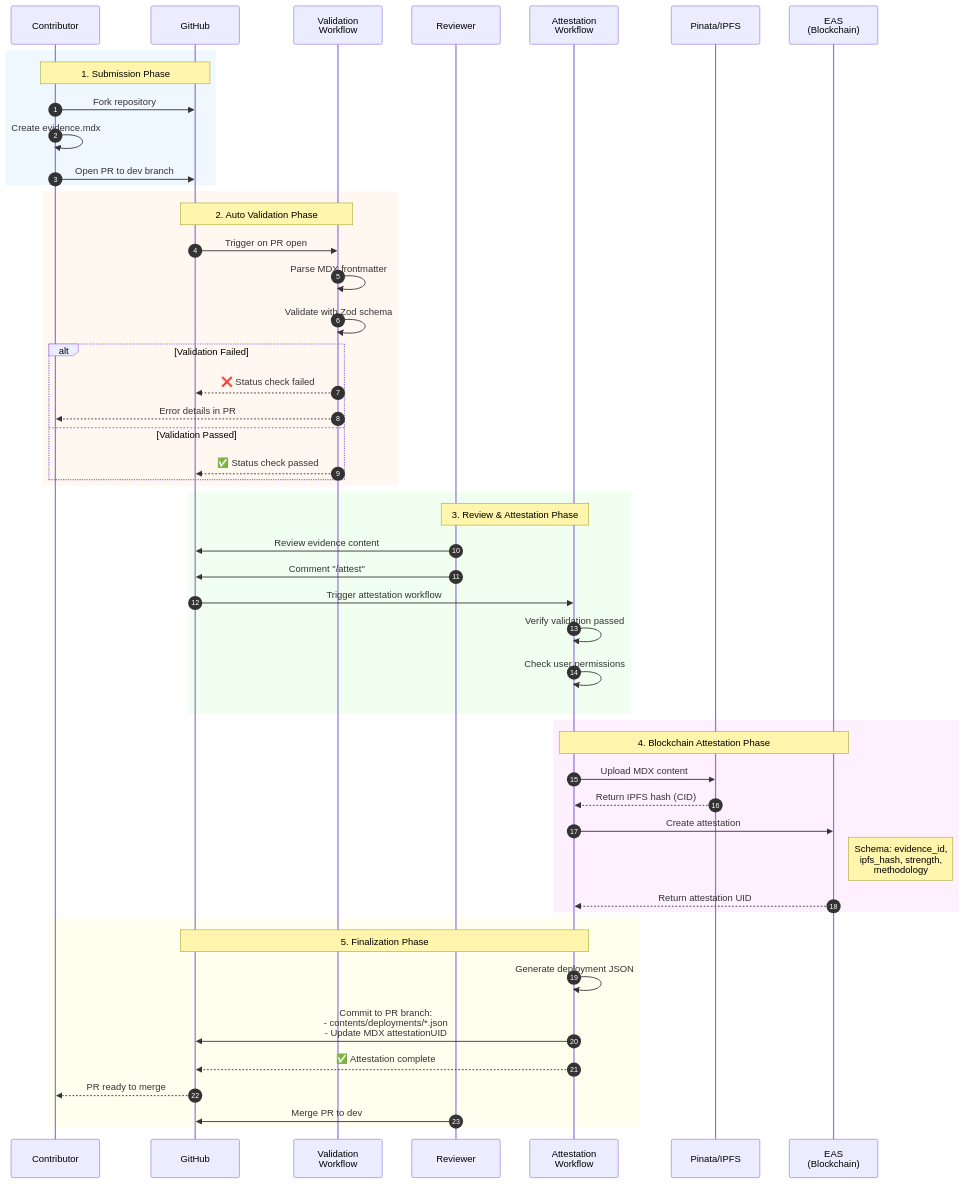
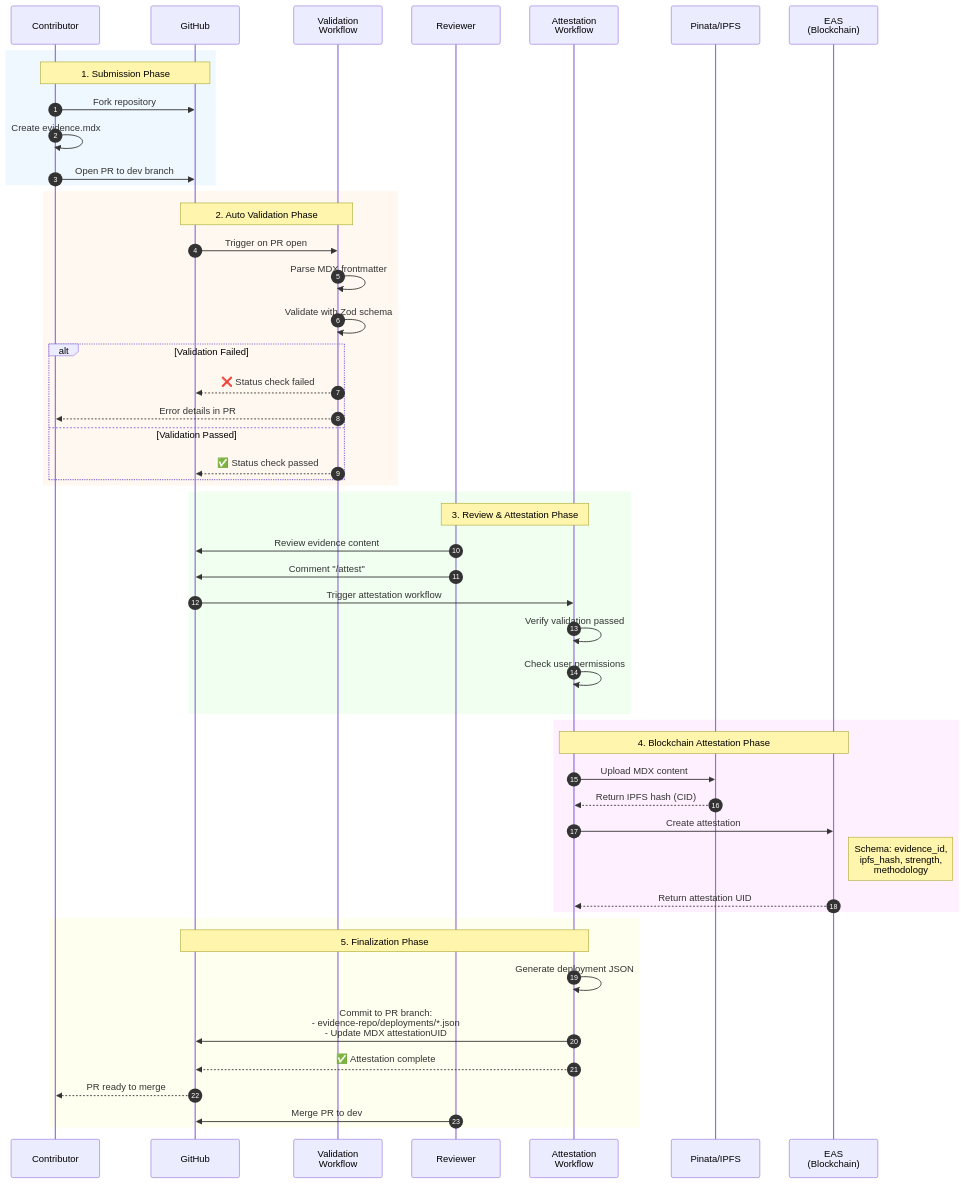
Before and after one commit to beaconlabs-io/muse: the diagram in docs/evidence-workflow.md, drawn with Mermaid. The commit also changed other lines of this file and 3 other files, not shown here.

Commit message:
chore: update documentation to reflect new evidence-repo paths for evidence files and deployment metadata

````diff
--- a/docs/evidence-workflow.md
+++ b/docs/evidence-workflow.md
@@ -62,58 +62,58 @@
 ```mermaid
 sequenceDiagram
     autonumber
     participant C as Contributor
     participant GH as GitHub
     participant VA as Validation<br/>Workflow
     participant R as Reviewer
     participant AT as Attestation<br/>Workflow
     participant IPFS as Pinata/IPFS
     participant EAS as EAS<br/>(Blockchain)
 
     rect rgb(240, 248, 255)
         Note over C,GH: 1. Submission Phase
         C->>GH: Fork repository
         C->>C: Create evidence.mdx
         C->>GH: Open PR to dev branch
     end
 
     rect rgb(255, 248, 240)
         Note over GH,VA: 2. Auto Validation Phase
         GH->>VA: Trigger on PR open
         VA->>VA: Parse MDX frontmatter
         VA->>VA: Validate with Zod schema
         alt Validation Failed
             VA-->>GH: ❌ Status check failed
             VA-->>C: Error details in PR
         else Validation Passed
             VA-->>GH: ✅ Status check passed
         end
     end
 
     rect rgb(240, 255, 240)
         Note over R,AT: 3. Review & Attestation Phase
         R->>GH: Review evidence content
         R->>GH: Comment "/attest"
         GH->>AT: Trigger attestation workflow
         AT->>AT: Verify validation passed
         AT->>AT: Check user permissions
     end
 
     rect rgb(255, 240, 255)
         Note over AT,EAS: 4. Blockchain Attestation Phase
         AT->>IPFS: Upload MDX content
         IPFS-->>AT: Return IPFS hash (CID)
         AT->>EAS: Create attestation
         Note right of EAS: Schema: evidence_id,<br/>ipfs_hash, strength,<br/>methodology
         EAS-->>AT: Return attestation UID
     end
 
     rect rgb(255, 255, 240)
         Note over AT,GH: 5. Finalization Phase
         AT->>AT: Generate deployment JSON
-        AT->>GH: Commit to PR branch:<br/>- contents/deployments/*.json<br/>- Update MDX attestationUID
+        AT->>GH: Commit to PR branch:<br/>- evidence-repo/deployments/*.json<br/>- Update MDX attestationUID
         AT-->>GH: ✅ Attestation complete
         GH-->>C: PR ready to merge
         R->>GH: Merge PR to dev
     end
 ```
````
